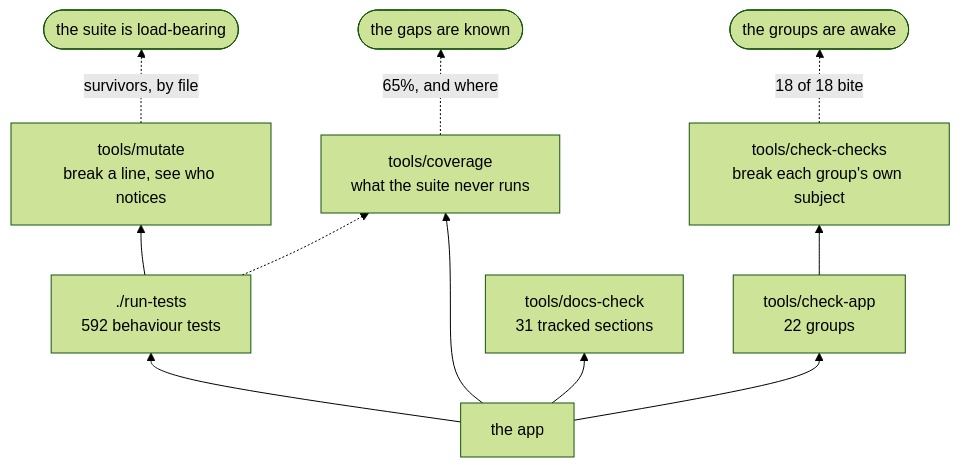
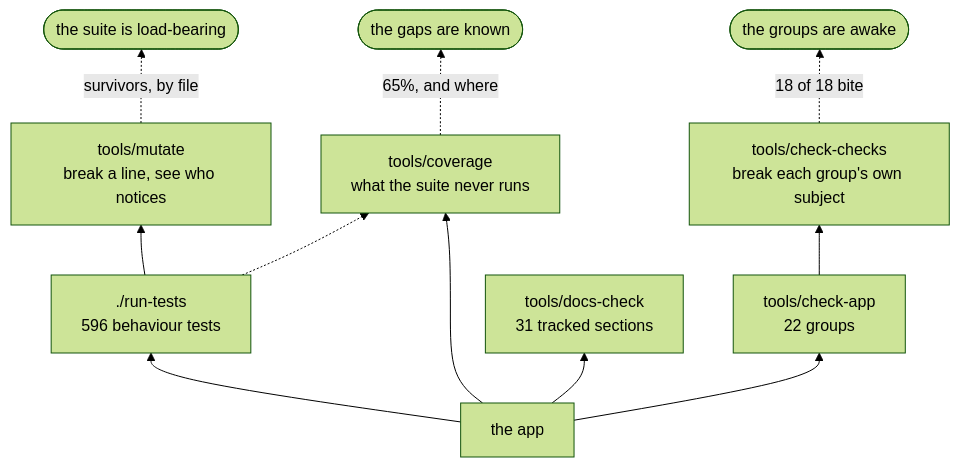
One commit to minormending/crystal-pilot-mobile changed the second of 2 diagrams in docs/DEVELOPING.md. Above: the diagram before and after it, drawn with Mermaid (forest theme). The commit also changed other lines of this file and 1 other file, not shown here.

````diff
--- a/docs/DEVELOPING.md
+++ b/docs/DEVELOPING.md
@@ -124,13 +124,13 @@
 ```mermaid
 flowchart BT
-    C["the app"] --> T["./run-tests<br/>592 behaviour tests"]
+    C["the app"] --> T["./run-tests<br/>596 behaviour tests"]
     C --> A["tools/check-app<br/>22 groups"]
     C --> D["tools/docs-check<br/>31 tracked sections"]
     C --> V["tools/coverage<br/>what the suite never runs"]
     T --> M["tools/mutate<br/>break a line, see who notices"]
     A --> K["tools/check-checks<br/>break each group's own subject"]
     T -.-> V
     M -.->|"survivors, by file"| R(["the suite is load-bearing"])
     K -.->|"18 of 18 bite"| R2(["the groups are awake"])
     V -.->|"65%, and where"| R3(["the gaps are known"])
 ```
````
